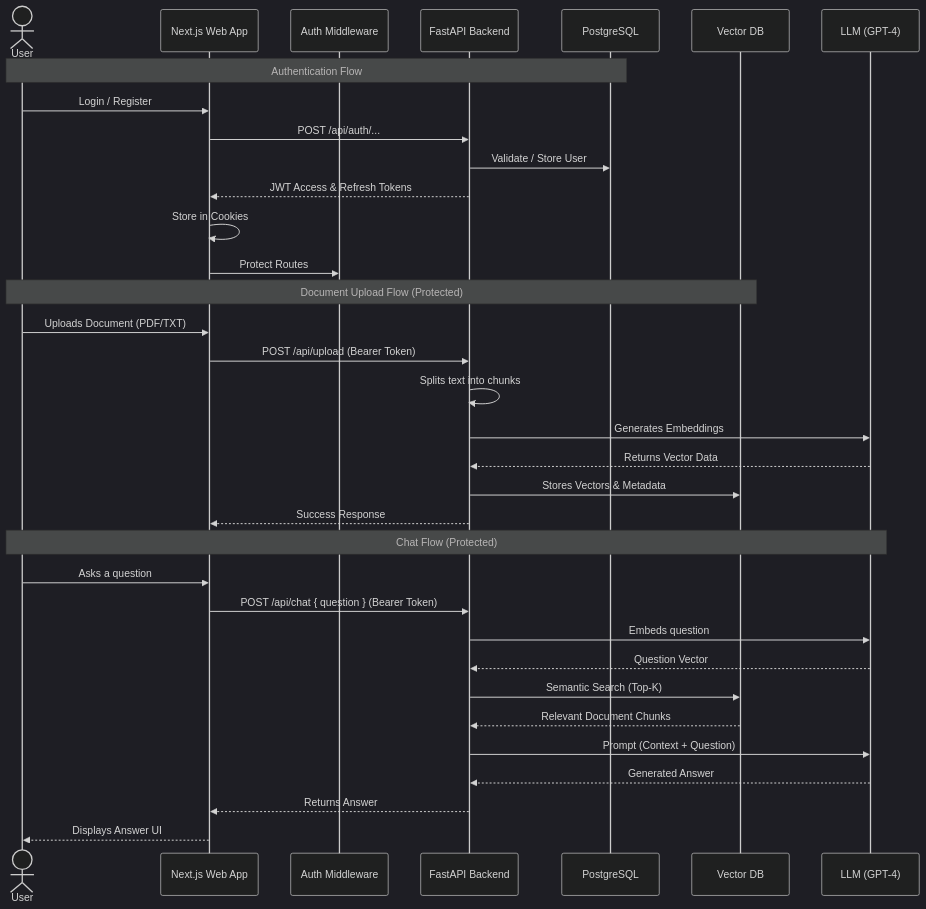
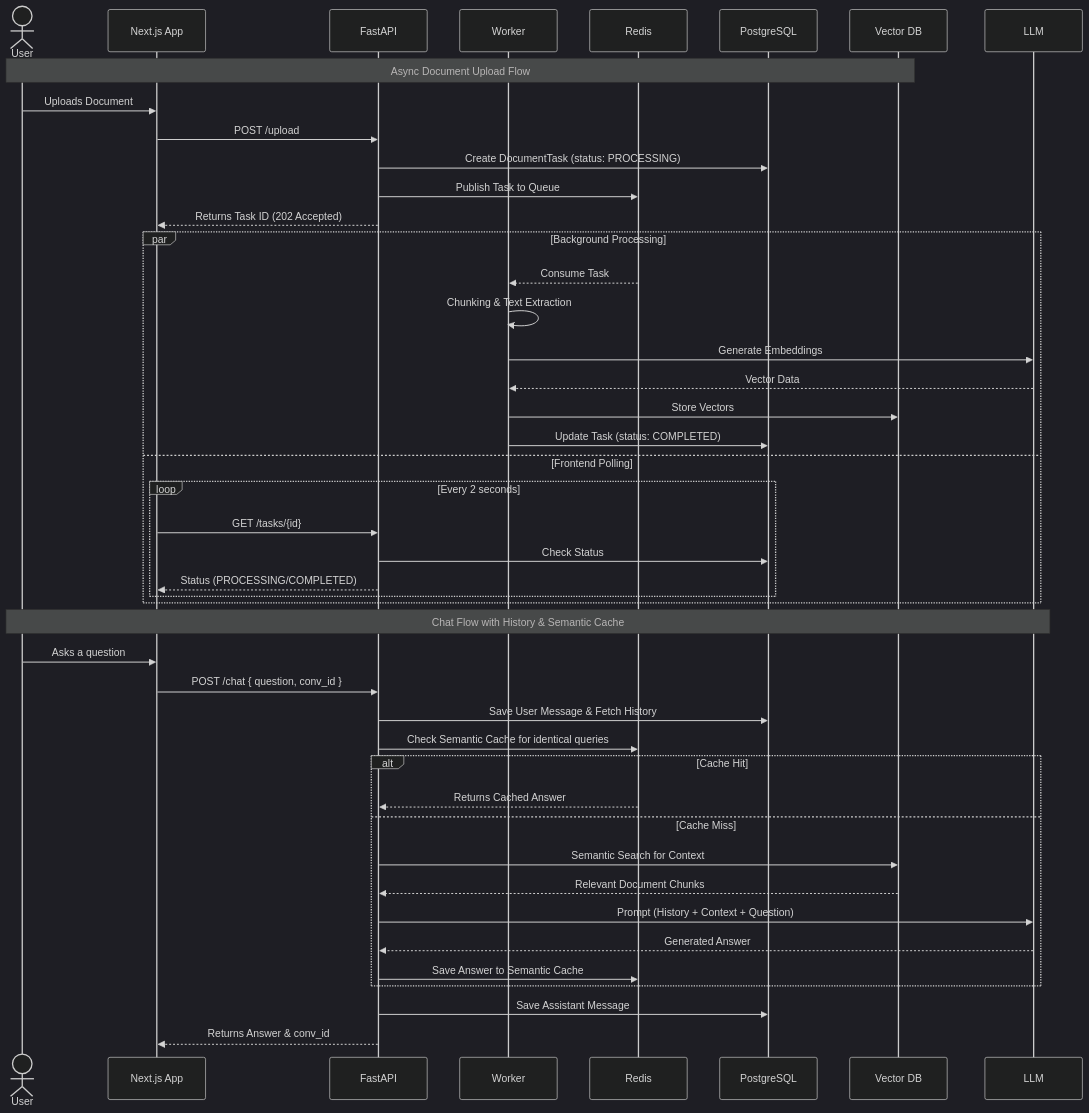
One commit to patrick-cuppi/rag-system changed the diagram in README.md. Above: the diagram before and after it, drawn with Mermaid (dark theme). The commit also changed other lines of this file and 14 other files, not shown here.

Commit message:
feat: implement conversation history, async processing and semantic caching

````diff
--- a/README.md
+++ b/README.md
@@ -39,42 +41,54 @@
 ```mermaid
 sequenceDiagram
     actor User
-    participant Frontend as Next.js Web App
-    participant Auth Middleware
-    participant API as FastAPI Backend
+    participant Frontend as Next.js App
+    participant API as FastAPI
+    participant Celery as Worker
+    participant Redis
     participant DB as PostgreSQL
     participant Pinecone as Vector DB
-    participant OpenAI as LLM (GPT-4)
+    participant OpenAI as LLM
 
-    %% Auth Flow
-    Note over User, DB: Authentication Flow
-    User->>Frontend: Login / Register
-    Frontend->>API: POST /api/auth/...
-    API->>DB: Validate / Store User
-    API-->>Frontend: JWT Access & Refresh Tokens
-    Frontend->>Frontend: Store in Cookies
-    Frontend->>Auth Middleware: Protect Routes
+    %% Upload Flow (Async)
+    Note over User, Pinecone: Async Document Upload Flow
+    User->>Frontend: Uploads Document
+    Frontend->>API: POST /upload
+    API->>DB: Create DocumentTask (status: PROCESSING)
+    API->>Redis: Publish Task to Queue
+    API-->>Frontend: Returns Task ID (202 Accepted)
+    
+    par Background Processing
+        Redis-->>Celery: Consume Task
+        Celery->>Celery: Chunking & Text Extraction
+        Celery->>OpenAI: Generate Embeddings
+        OpenAI-->>Celery: Vector Data
+        Celery->>Pinecone: Store Vectors
+        Celery->>DB: Update Task (status: COMPLETED)
+    and Frontend Polling
+        loop Every 2 seconds
+            Frontend->>API: GET /tasks/{id}
+            API->>DB: Check Status
+            API-->>Frontend: Status (PROCESSING/COMPLETED)
+        end
+    end
 
-    %% Upload Flow
-    Note over User, Pinecone: Document Upload Flow (Protected)
-    User->>Frontend: Uploads Document (PDF/TXT)
-    Frontend->>API: POST /api/upload (Bearer Token)
-    API->>API: Splits text into chunks
-    API->>OpenAI: Generates Embeddings
-    OpenAI-->>API: Returns Vector Data
-    API->>Pinecone: Stores Vectors & Metadata
-    API-->>Frontend: Success Response
-
-    %% Chat Flow
-    Note over User, OpenAI: Chat Flow (Protected)
+    %% Chat Flow with Semantic Cache
+    Note over User, OpenAI: Chat Flow with History & Semantic Cache
     User->>Frontend: Asks a question
-    Frontend->>API: POST /api/chat { question } (Bearer Token)
-    API->>OpenAI: Embeds question
-    OpenAI-->>API: Question Vector
-    API->>Pinecone: Semantic Search (Top-K)
-    Pinecone-->>API: Relevant Document Chunks
-    API->>OpenAI: Prompt (Context + Question)
-    OpenAI-->>API: Generated Answer
-    API-->>Frontend: Returns Answer
-    Frontend-->>User: Displays Answer UI
+    Frontend->>API: POST /chat { question, conv_id }
+    API->>DB: Save User Message & Fetch History
+    
+    API->>Redis: Check Semantic Cache for identical queries
+    alt Cache Hit
+        Redis-->>API: Returns Cached Answer
+    else Cache Miss
+        API->>Pinecone: Semantic Search for Context
+        Pinecone-->>API: Relevant Document Chunks
+        API->>OpenAI: Prompt (History + Context + Question)
+        OpenAI-->>API: Generated Answer
+        API->>Redis: Save Answer to Semantic Cache
+    end
+    
+    API->>DB: Save Assistant Message
+    API-->>Frontend: Returns Answer & conv_id
 ```
````
